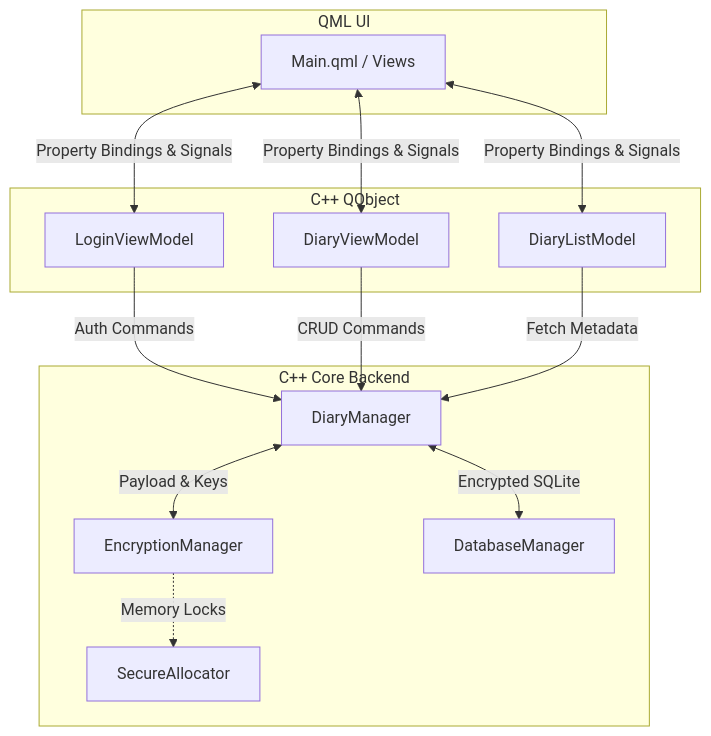
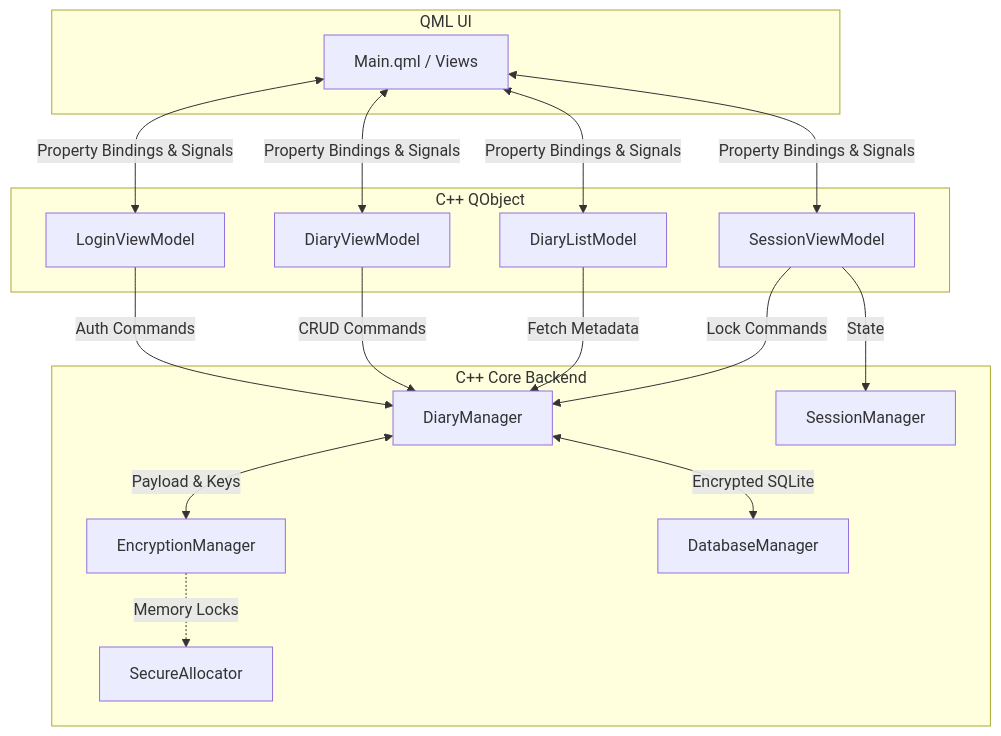
One commit to 8bit-binary/DCharVault changed the diagram in docs/ARCHITECTURE.md. Above: the diagram before and after it, drawn with Mermaid. The commit also changed other lines of this file and 2 other files, not shown here.

````diff
--- a/docs/ARCHITECTURE.md
+++ b/docs/ARCHITECTURE.md
@@ -9,29 +9,34 @@
 ```mermaid
 graph TD
     subgraph View Layer [QML UI]
         UI[Main.qml / Views]
     end
     subgraph ViewModel Layer [C++ QObject]
         LVM[LoginViewModel]
         DVM[DiaryViewModel]
         DLM[DiaryListModel]
+        SVM[SessionViewModel]
     end
     subgraph Model Layer [C++ Core Backend]
         DM[DiaryManager]
         EM[EncryptionManager]
         DBM[DatabaseManager]
         SA[SecureAllocator]
+        SM[SessionManager]
     end
 
     UI <-->|Property Bindings & Signals| LVM
     UI <-->|Property Bindings & Signals| DVM
     UI <-->|Property Bindings & Signals| DLM
+    UI <-->|Property Bindings & Signals| SVM
 
     LVM -->|Auth Commands| DM
     DVM -->|CRUD Commands| DM
     DLM -->|Fetch Metadata| DM
+    SVM -->|Lock Commands| DM
+    SVM -->|State| SM
 
     DM <-->|Payload & Keys| EM
     DM <-->|Encrypted SQLite| DBM
     EM -.->|Memory Locks| SA
 ```
````
